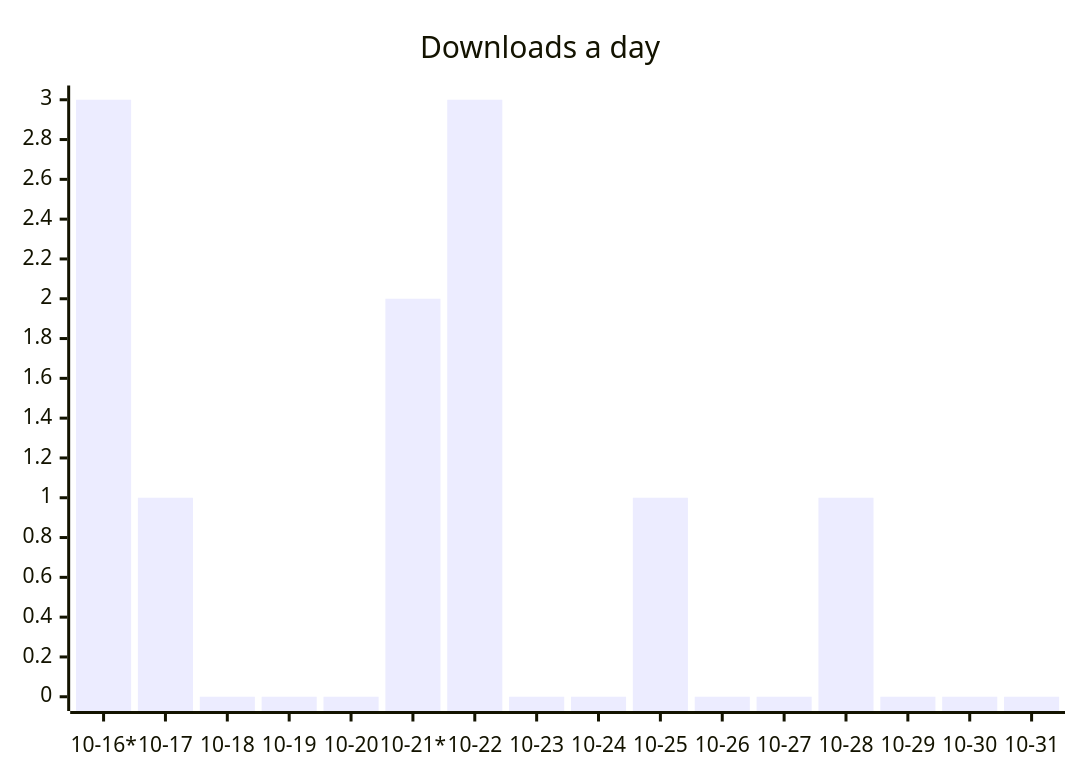
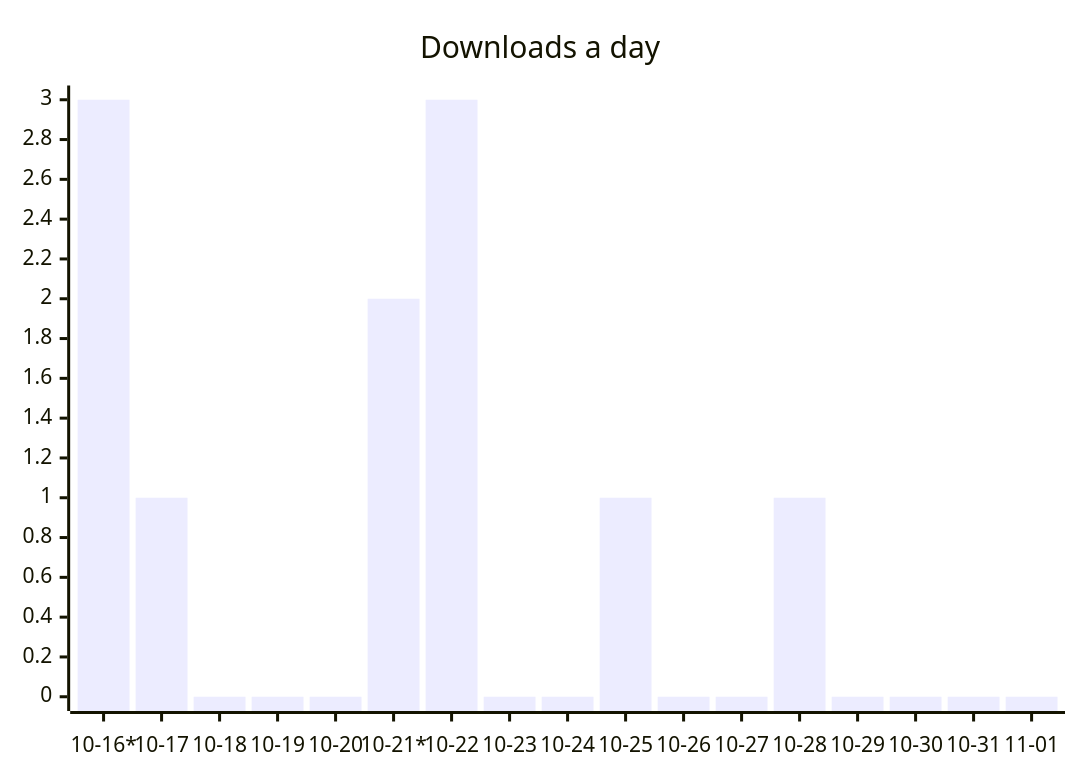
Before and after one commit to ArtemkaGoldMan/ContextSwitcher: the first of 3 diagrams in README.md, drawn with Mermaid. The commit also changed other lines of this file and 6 other files, not shown here.

````diff
--- a/README.md
+++ b/README.md
@@ -30,6 +30,6 @@
 ```mermaid
 xychart-beta
     title "Downloads a day"
-    x-axis ["10-16*", "10-17", "10-18", "10-19", "10-20", "10-21*", "10-22", "10-23", "10-24", "10-25", "10-26", "10-27", "10-28", "10-29", "10-30", "10-31"]
-    bar [3, 1, 0, 0, 0, 2, 3, 0, 0, 1, 0, 0, 1, 0, 0, 0]
+    x-axis ["10-16*", "10-17", "10-18", "10-19", "10-20", "10-21*", "10-22", "10-23", "10-24", "10-25", "10-26", "10-27", "10-28", "10-29", "10-30", "10-31", "11-01"]
+    bar [3, 1, 0, 0, 0, 2, 3, 0, 0, 1, 0, 0, 1, 0, 0, 0, 0]
 ```
````
